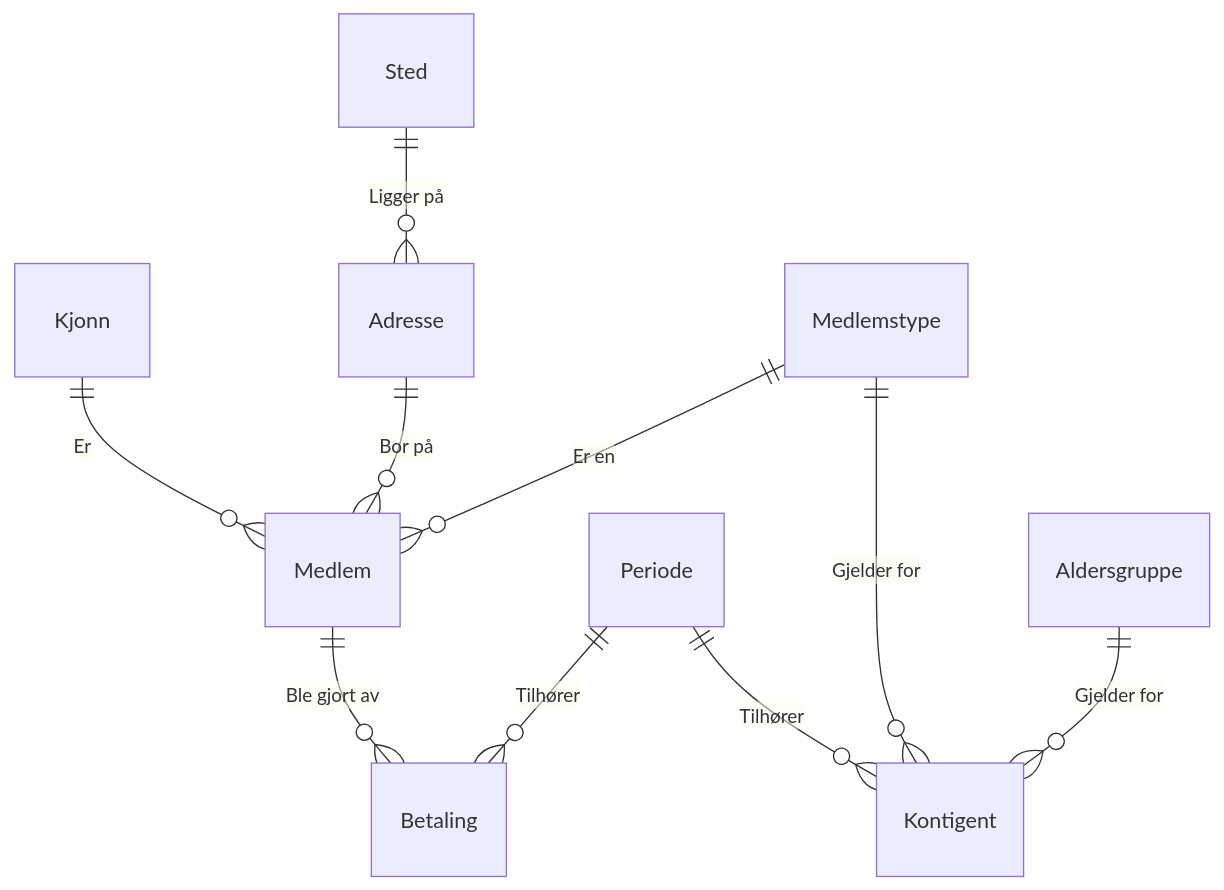
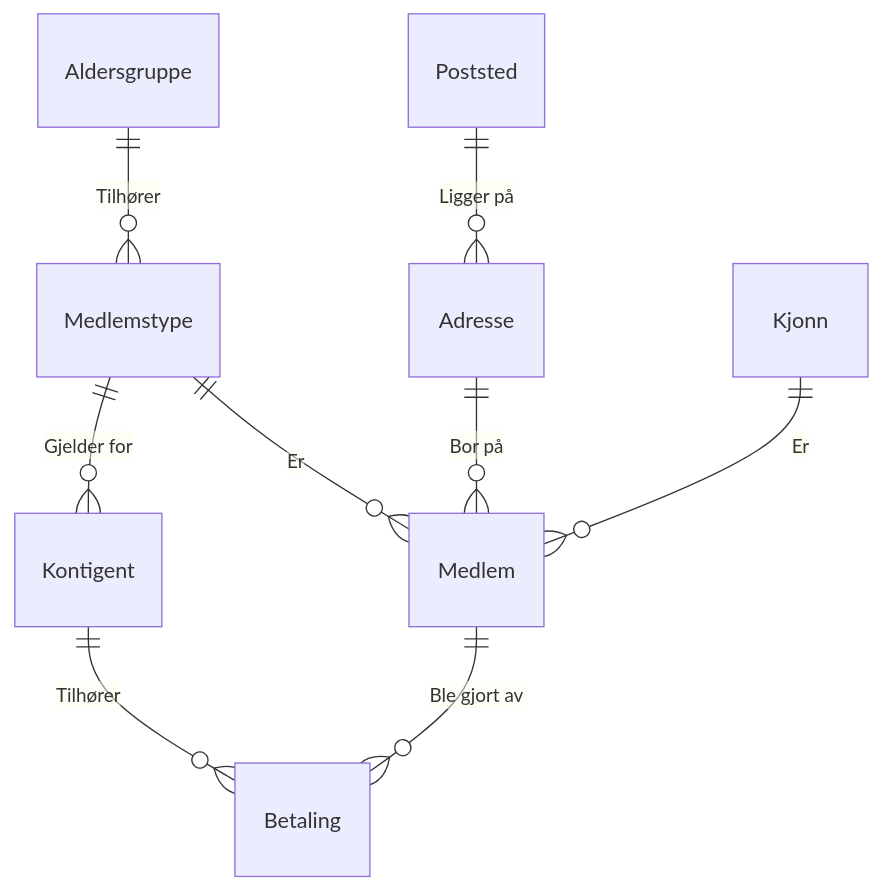
One commit to Afterstone/jobbintervju_nav changed the diagram in diagrams/ER-diagram.md. Above: the diagram before and after it, drawn with Mermaid. The commit also changed other lines of this file, not shown here.

Commit message:
Update suggested ER-diagram

````diff
--- a/diagrams/ER-diagram.md
+++ b/diagrams/ER-diagram.md
@@ -1,13 +1,11 @@
 ```mermaid
-
 erDiagram
-    Sted             ||--o{ Adresse   : "Ligger på"
-    Kjonn            ||--o{ Medlem    : "Er"
-    Adresse          ||--o{ Medlem    : "Bor på"
-    Medlemstype      ||--o{ Medlem    : "Er en"
-    Periode          ||--o{ Kontigent : "Tilhører"
-    Medlemstype      ||--o{ Kontigent : "Gjelder for"
-    Aldersgruppe     ||--o{ Kontigent : "Gjelder for"
-    Medlem           ||--o{ Betaling  : "Ble gjort av"
-    Periode          ||--o{ Betaling  : "Tilhører"
+    Poststed         ||--o{ Adresse     : "Ligger på"
+    Aldersgruppe     ||--o{ Medlemstype : "Tilhører"
+    Medlemstype      ||--o{ Kontigent   : "Gjelder for"
+    Medlemstype      ||--o{ Medlem      : "Er"
+    Kjonn            ||--o{ Medlem      : "Er"
+    Adresse          ||--o{ Medlem      : "Bor på"
+    Medlem           ||--o{ Betaling    : "Ble gjort av"
+    Kontigent        ||--o{ Betaling    : "Tilhører"
 ```
````
